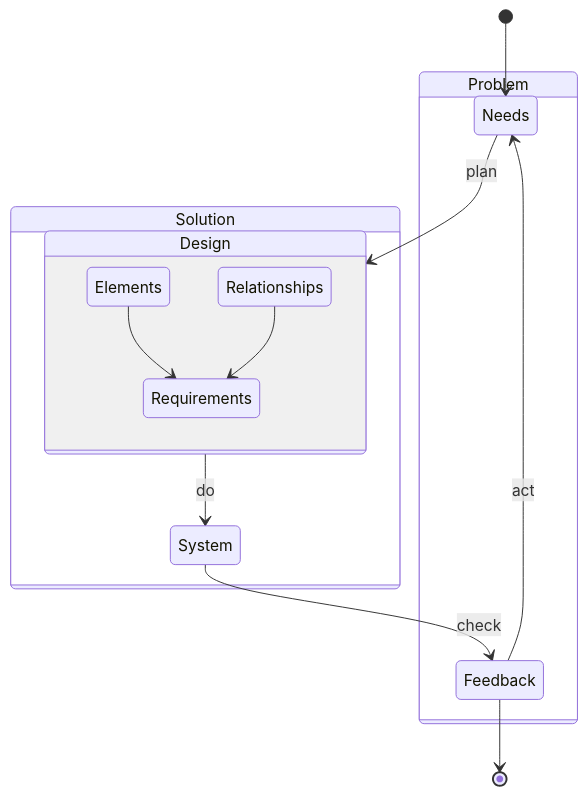
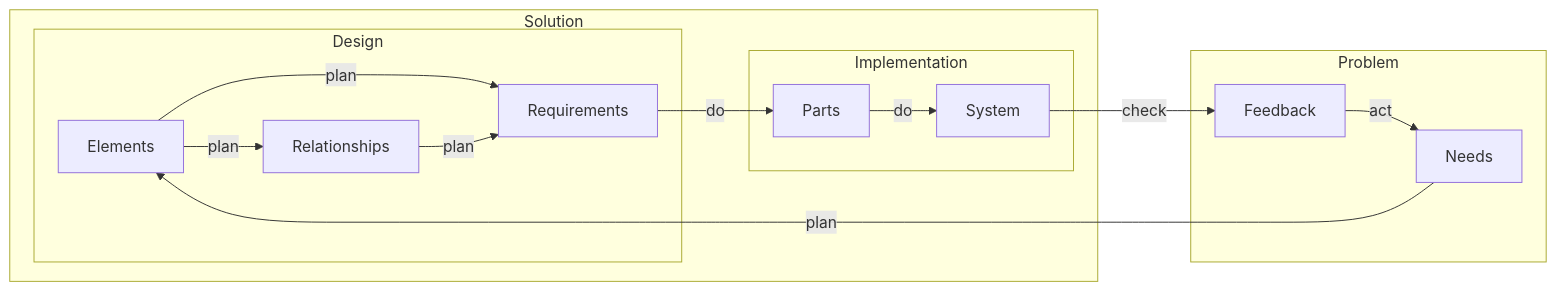
Before and after one commit to firstprinciplesthinking/paper_development_lifecycle: the eighth of 10 diagrams in README.md, drawn with Mermaid. The commit also changed other lines of this file, not shown here.

Commit message:
Switch all diagrams to flows.

````diff
--- a/README.md
+++ b/README.md
@@ -143,25 +166,28 @@
 ```mermaid
-   stateDiagram-v2
-      state Problem{
-         Needs
-         Feedback
-      }
-
-      state Solution{
-        state Design{
+   flowchart LR
+      subgraph Solution
+        subgraph Design
             Elements
             Relationships
             Requirements
-        }
-        System
-      }
-    Elements-->Requirements
-    Relationships-->Requirements
+         end
+         subgraph Implementation
+            Parts
+            System
+         end
+      end
+      
+      subgraph Problem
+         Needs
+         Feedback
+      end
 
-      [*]-->Needs
-      System-->Feedback: check
-      Feedback-->Needs: act
-      Needs-->Design: plan
-      Design-->System: do
-      Feedback --> [*]
+      Needs--"plan"-->Elements
+      Elements--"plan"-->Requirements
+      Elements--"plan"-->Relationships
+      Relationships--"plan"-->Requirements
+      Requirements--"do"-->Parts
+      Parts--"do"-->System
+      System--"check"-->Feedback
+      Feedback--"act"-->Needs
 ```
````
